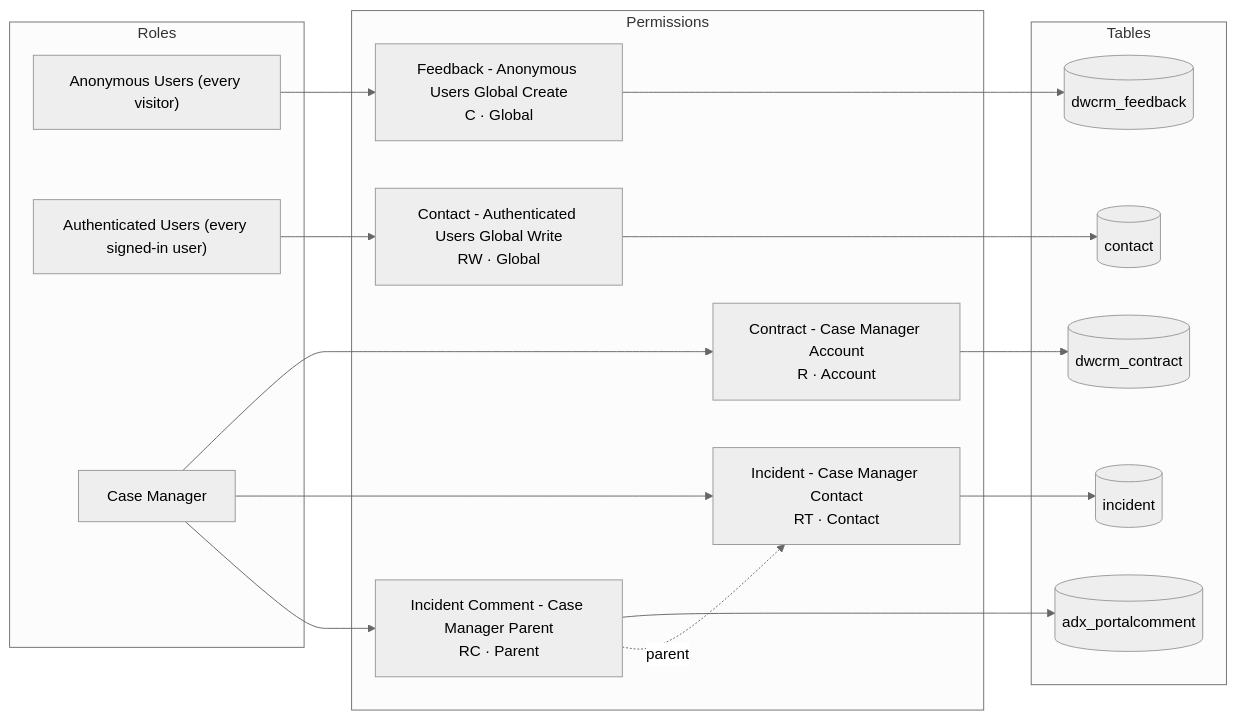
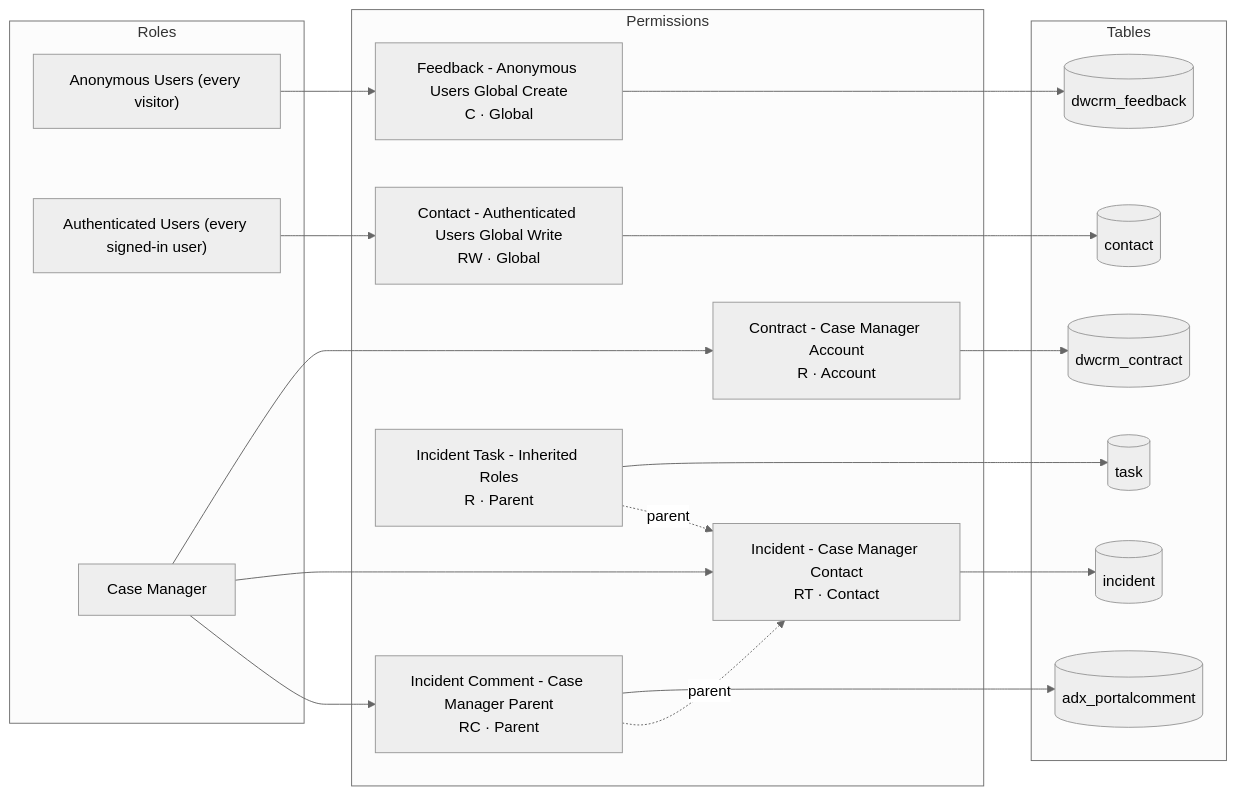
Before and after one commit to OOlashyn/pageslens: the diagram in test/docs/__snapshots__/broken/index.md, drawn with Mermaid (neutral theme). The commit also changed other lines of this file and 10 other files, not shown here.

First line of the commit message:
Let child table permissions inherit their parent's web roles

````diff
--- a/test/docs/__snapshots__/broken/index.md
+++ b/test/docs/__snapshots__/broken/index.md
@@ -15,33 +15,37 @@
 ```mermaid
 flowchart LR
   subgraph Roles
     r0["Anonymous Users (every visitor)"]
     r1["Authenticated Users (every signed-in user)"]
     r2["Case Manager"]
   end
   subgraph Permissions
     p0["Contact - Authenticated Users Global Write<br/>RW · Global"]
     p1["Contract - Case Manager Account<br/>R · Account"]
     p2["Feedback - Anonymous Users Global Create<br/>C · Global"]
     p3["Incident - Case Manager Contact<br/>RT · Contact"]
     p4["Incident Comment - Case Manager Parent<br/>RC · Parent"]
+    p5["Incident Task - Inherited Roles<br/>R · Parent"]
   end
   subgraph Tables
     t0[("adx_portalcomment")]
     t1[("contact")]
     t2[("dwcrm_contract")]
     t3[("dwcrm_feedback")]
     t4[("incident")]
+    t5[("task")]
   end
   r1 --> p0
   p0 --> t1
   r2 --> p1
   p1 --> t2
   r0 --> p2
   p2 --> t3
   r2 --> p3
   p3 --> t4
   r2 --> p4
   p4 --> t0
   p4 -. parent .-> p3
+  p5 --> t5
+  p5 -. parent .-> p3
 ```
````
